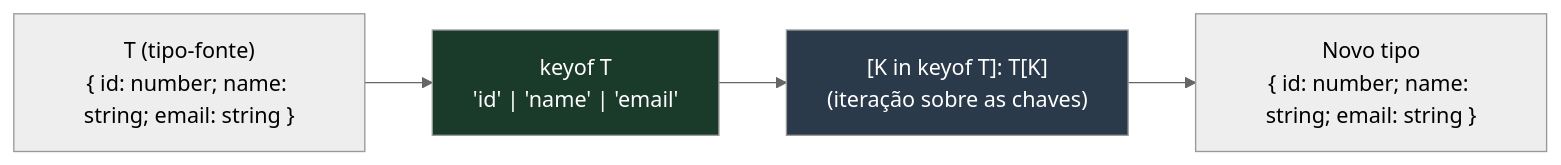
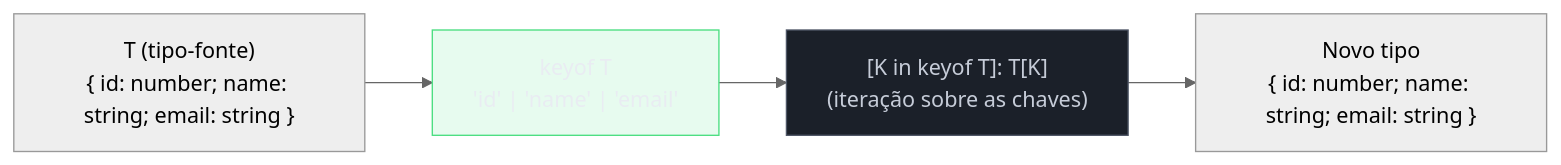
The first of 5 diagrams in 03-Dominios/Tecnologia/TypeScript/16 - Mapped types e key remapping.md (josenaldo/codex-technomanticus), drawn with Mermaid (neutral theme) before and after one commit. The commit also changed other lines of this file and 1181 other files, not shown here.

First line of the commit message:
fix(diagramas): paleta do sistema no lugar de cor cravada no markdown

````diff
--- a/03-Dominios/Tecnologia/TypeScript/16 - Mapped types e key remapping.md
+++ b/03-Dominios/Tecnologia/TypeScript/16 - Mapped types e key remapping.md
@@ -52,12 +52,14 @@
 ```mermaid
 flowchart LR
+    classDef neutro fill:#1B2029,stroke:#4E5666,color:#C6CCD8
+    classDef ok fill:#4ADE8021,stroke:#4ADE80,color:#E9ECF2
     T["T (tipo-fonte)\n{ id: number; name: string; email: string }"]
     KOF["keyof T\n'id' | 'name' | 'email'"]
     MAP["[K in keyof T]: T[K]\n(iteração sobre as chaves)"]
     R["Novo tipo\n{ id: number; name: string; email: string }"]
 
     T --> KOF --> MAP --> R
 
-    style MAP fill:#2a3a4a,color:#fff
-    style KOF fill:#1a3a2a,color:#fff
+    class MAP neutro
+    class KOF ok
 ```
````
